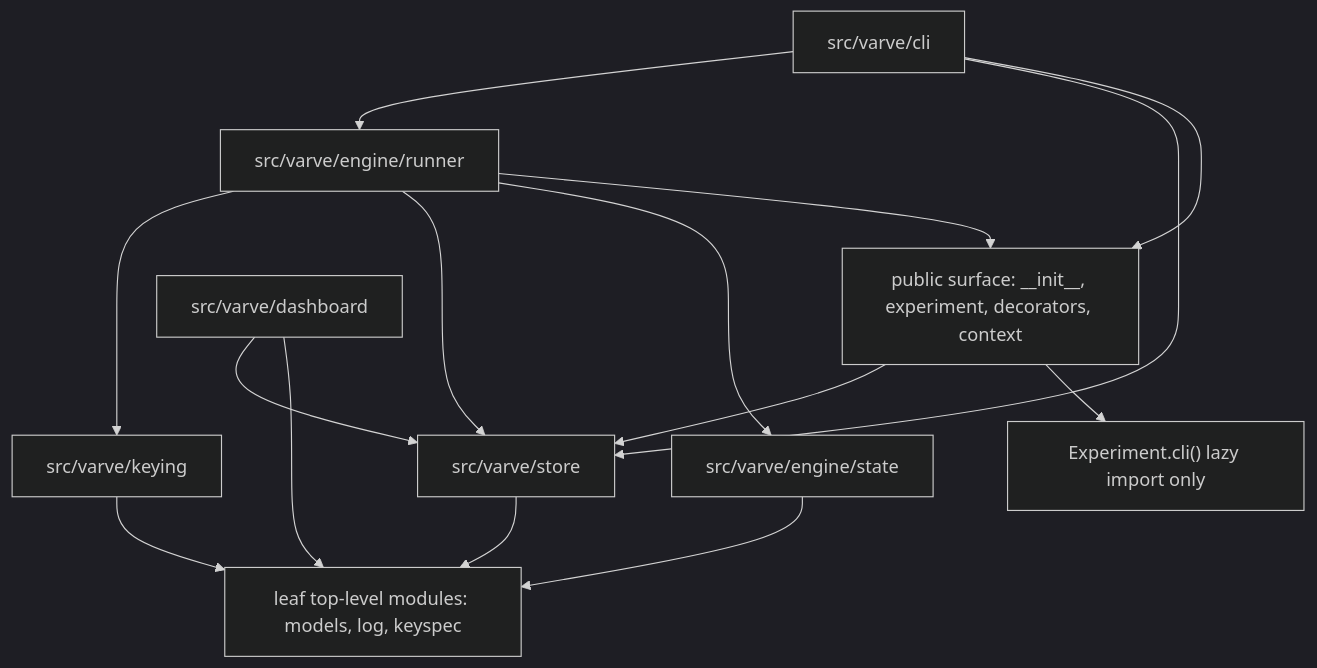
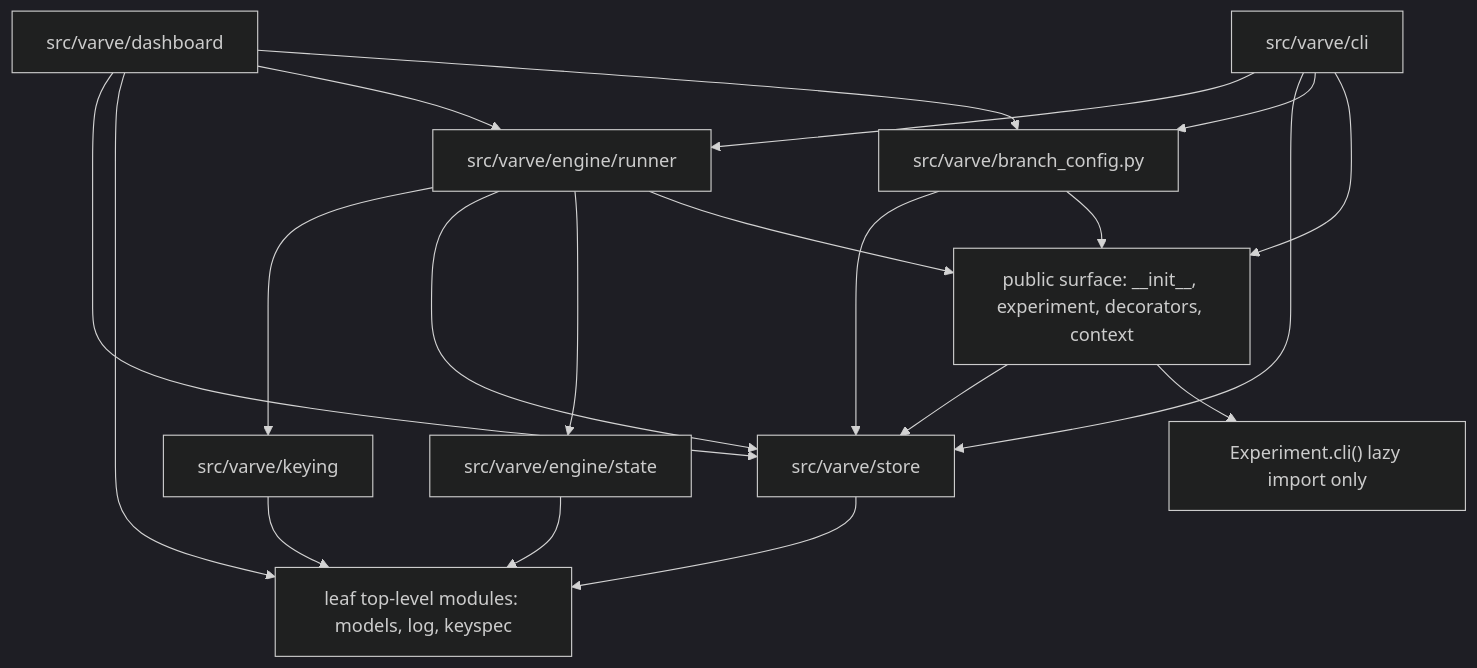
Before and after one commit to moeakwak/varve: the diagram in ARCHITECTURE.md, drawn with Mermaid (dark theme). The commit also changed other lines of this file and 35 other files, not shown here.

````diff
--- a/ARCHITECTURE.md
+++ b/ARCHITECTURE.md
@@ -48,26 +49,32 @@
 ```mermaid
 flowchart TD
   public["public surface: __init__, experiment, decorators, context"]
   leaves["leaf top-level modules: models, log, keyspec"]
   keying["src/varve/keying"]
   store["src/varve/store"]
   state["src/varve/engine/state"]
   runner["src/varve/engine/runner"]
+  branch_config["src/varve/branch_config.py"]
   dashboard["src/varve/dashboard"]
   cli["src/varve/cli"]
 
   keying --> leaves
   store --> leaves
   state --> leaves
+  branch_config --> store
+  branch_config --> public
   runner --> keying
   runner --> store
   runner --> state
   runner --> public
   dashboard --> store
   dashboard --> leaves
+  dashboard --> runner
+  dashboard --> branch_config
   cli --> runner
   cli --> store
+  cli --> branch_config
   cli --> public
   public --> store
   public --> cli_exception["Experiment.cli() lazy import only"]
 ```
````
